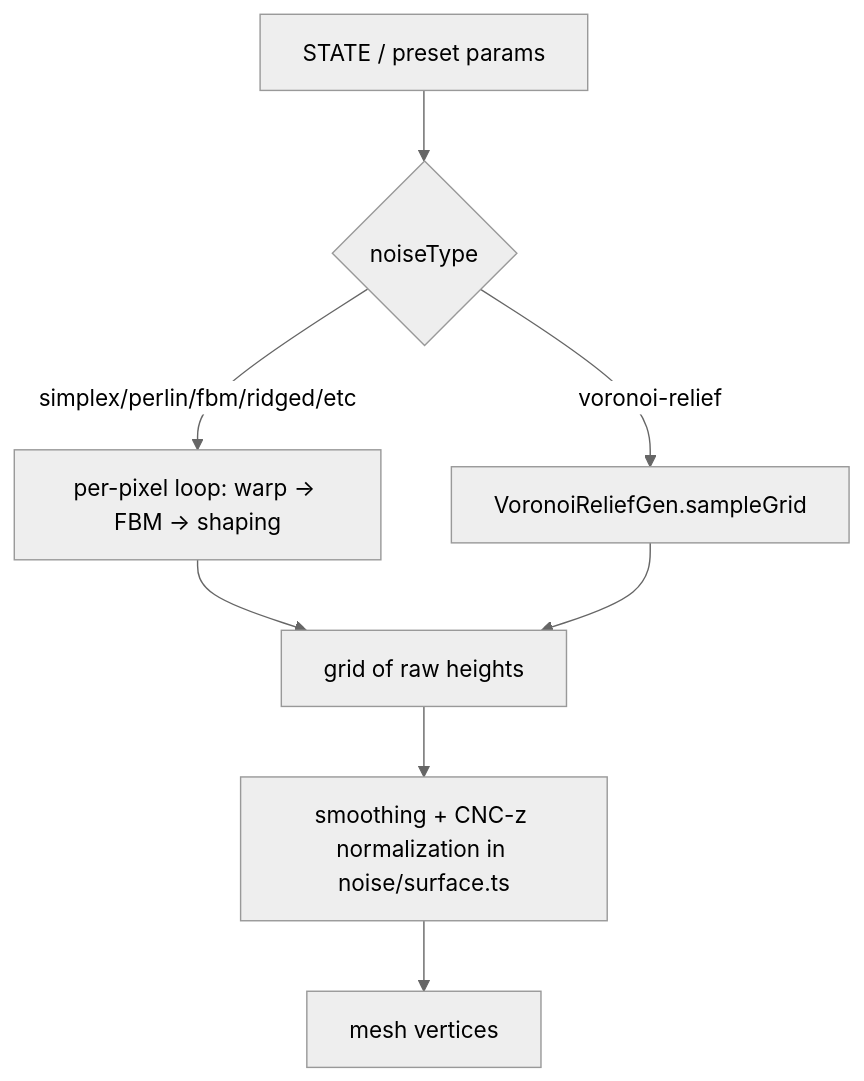
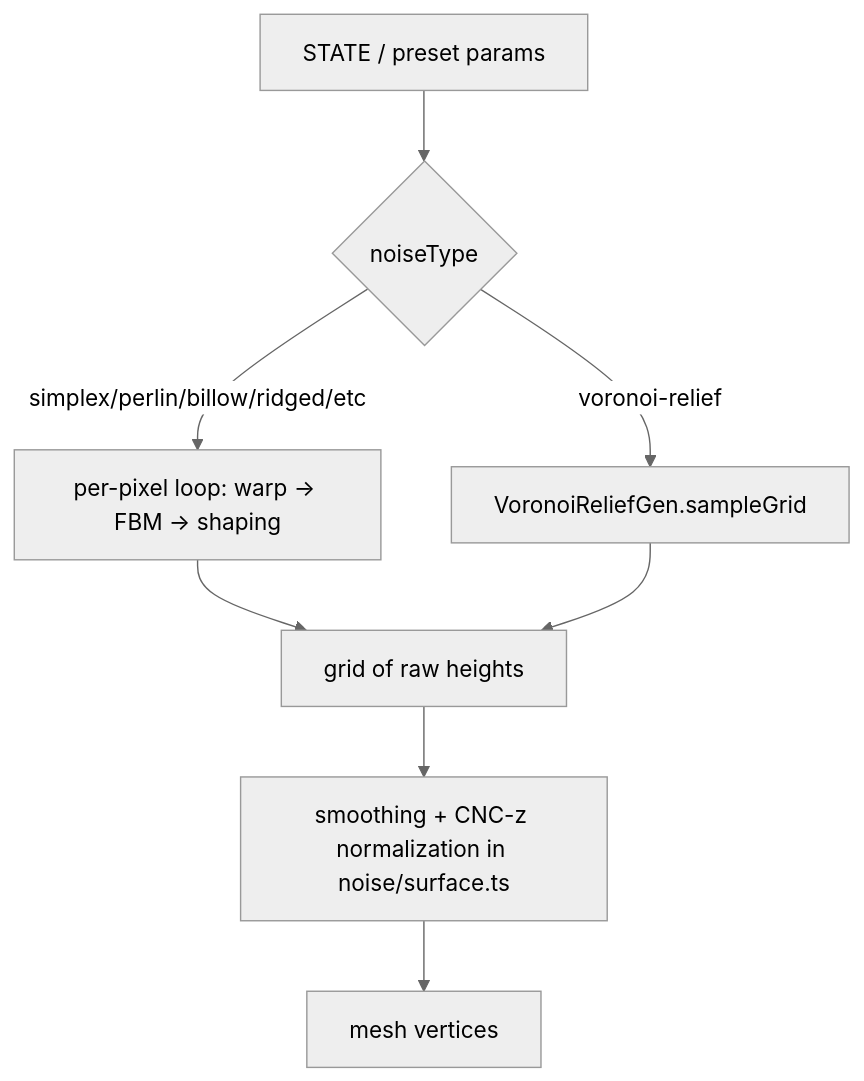
Before and after one commit to nsaw/mesh-maker: the diagram in CONTEXT/greptile/docs/noise-and-relief-system.md, drawn with Mermaid (neutral theme). The commit also changed other lines of this file and 25 other files, not shown here.

````diff
--- a/CONTEXT/greptile/docs/noise-and-relief-system.md
+++ b/CONTEXT/greptile/docs/noise-and-relief-system.md
@@ -11,10 +11,10 @@
 ```mermaid
 flowchart TD
   A[STATE / preset params] --> B{noiseType}
-  B -->|simplex/perlin/fbm/ridged/etc| C[per-pixel loop: warp -> FBM -> shaping]
+  B -->|simplex/perlin/billow/ridged/etc| C[per-pixel loop: warp -> FBM -> shaping]
   B -->|voronoi-relief| D[VoronoiReliefGen.sampleGrid]
   C --> E[grid of raw heights]
   D --> E
   E --> F[smoothing + CNC-z normalization in noise/surface.ts]
   F --> G[mesh vertices]
 ```
````
